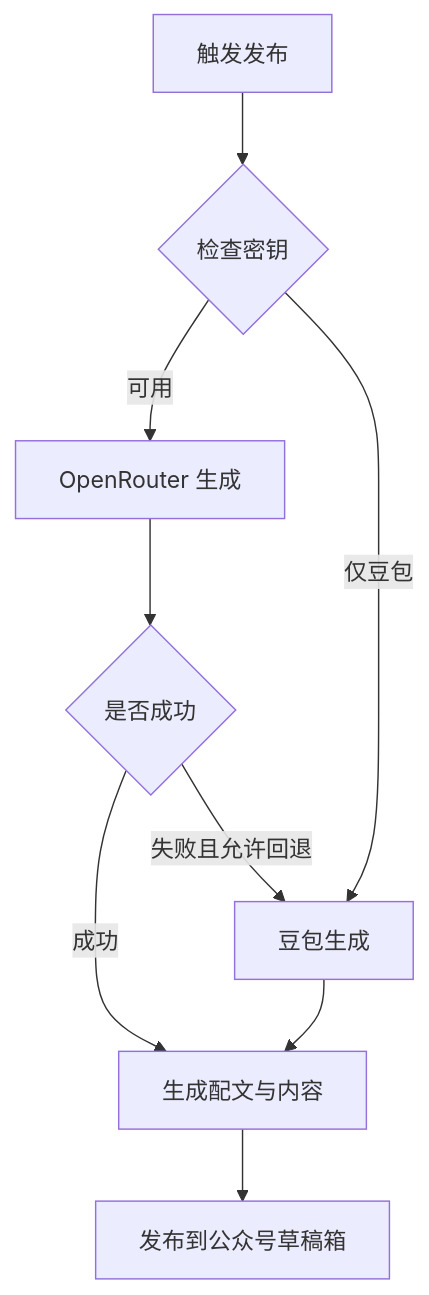
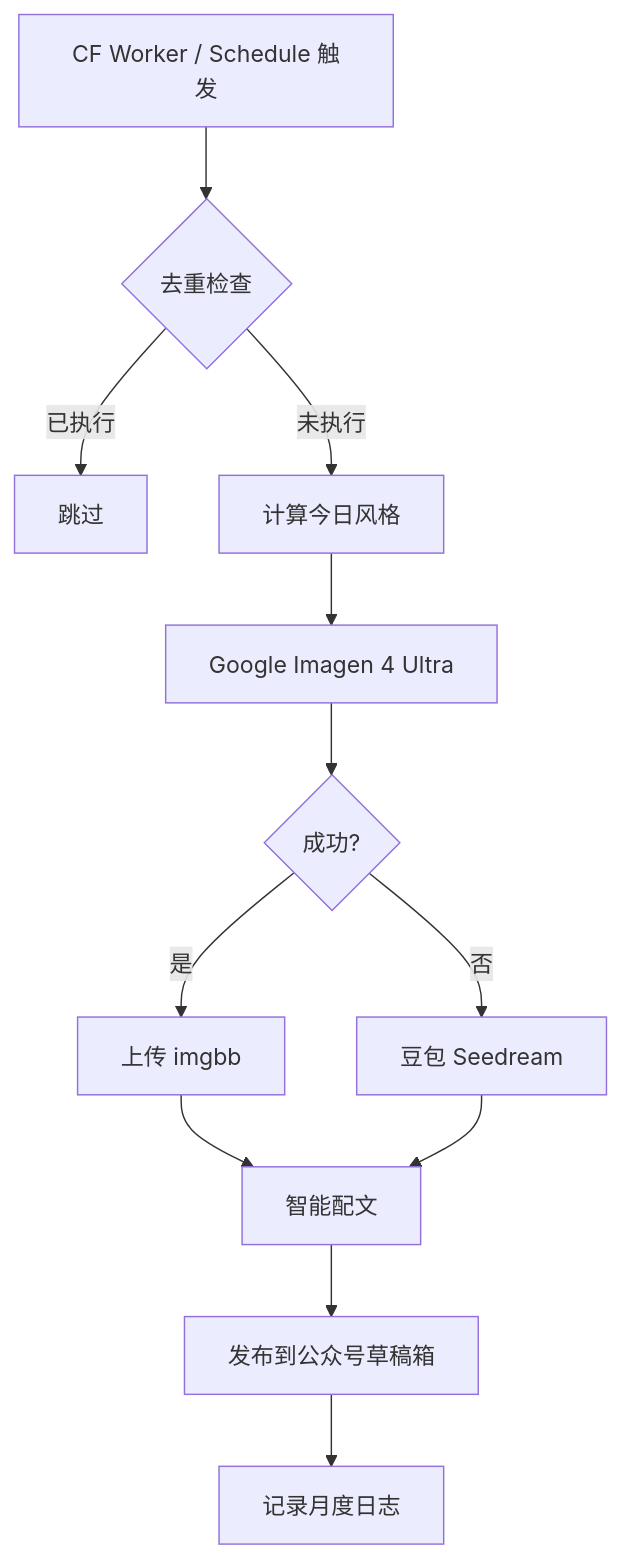
One commit to lairulan/beauty-generator changed the diagram in WORKFLOW.md. Above: the diagram before and after it, drawn with Mermaid. The commit also changed other lines of this file and 6 other files, not shown here.

````diff
--- a/WORKFLOW.md
+++ b/WORKFLOW.md
@@ -26,11 +30,14 @@
 ```mermaid
 flowchart TD
-  A[触发发布] --> B{检查密钥}
-  B -->|可用| C[OpenRouter 生成]
-  B -->|仅豆包| D[豆包生成]
-  C --> E{是否成功}
-  E -->|成功| F[生成配文与内容]
-  E -->|失败且允许回退| D
-  D --> F
-  F --> G[发布到公众号草稿箱]
+  A[CF Worker / Schedule 触发] --> B{去重检查}
+  B -->|已执行| SKIP[跳过]
+  B -->|未执行| C[计算今日风格]
+  C --> D[Google Imagen 4 Ultra]
+  D --> E{成功?}
+  E -->|是| F[上传 imgbb]
+  E -->|否| G[豆包 Seedream]
+  F --> H[智能配文]
+  G --> H
+  H --> I[发布到公众号草稿箱]
+  I --> J[记录月度日志]
 ```
````
